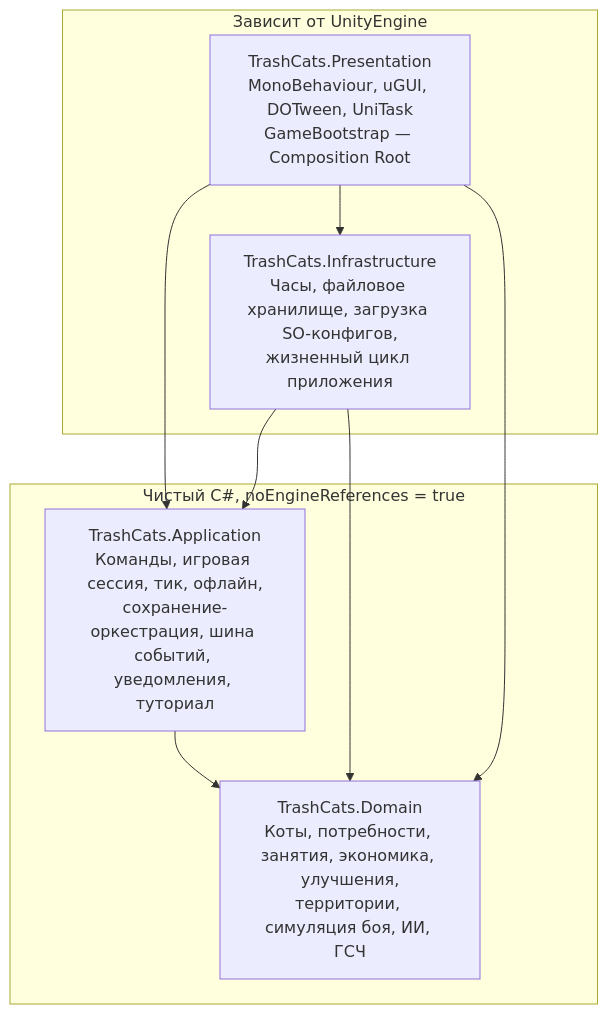
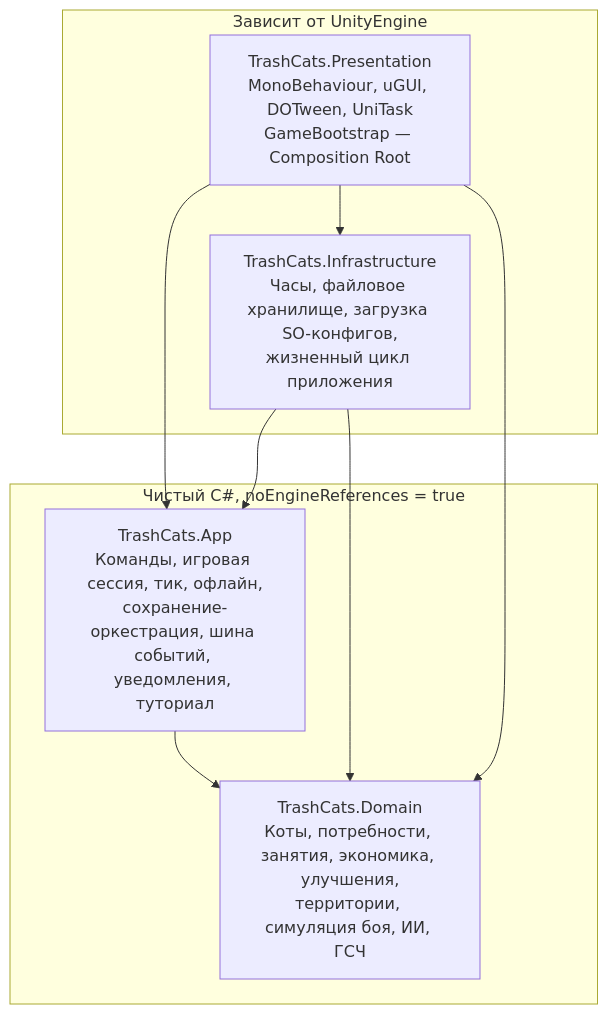
Before and after one commit to Likeside/TrashCats: the first of 2 diagrams in Docs/Architecture/ARCHITECTURE_OVERVIEW.md, drawn with Mermaid. The commit also changed other lines of this file and 29 other files, not shown here.

````diff
--- a/Docs/Architecture/ARCHITECTURE_OVERVIEW.md
+++ b/Docs/Architecture/ARCHITECTURE_OVERVIEW.md
@@ -38,17 +38,17 @@
 ```mermaid
 flowchart TB
     subgraph Unity["Зависит от UnityEngine"]
       P[TrashCats.Presentation<br/>MonoBehaviour, uGUI, DOTween, UniTask<br/>GameBootstrap — Composition Root]
       I[TrashCats.Infrastructure<br/>Часы, файловое хранилище, загрузка SO-конфигов,<br/>жизненный цикл приложения]
     end
     subgraph Pure["Чистый C#, noEngineReferences = true"]
-      A[TrashCats.Application<br/>Команды, игровая сессия, тик, офлайн,<br/>сохранение-оркестрация, шина событий, уведомления, туториал]
+      A[TrashCats.App<br/>Команды, игровая сессия, тик, офлайн,<br/>сохранение-оркестрация, шина событий, уведомления, туториал]
       D[TrashCats.Domain<br/>Коты, потребности, занятия, экономика, улучшения,<br/>территории, симуляция боя, ИИ, ГСЧ]
     end
     P --> A
     P --> I
     P --> D
     I --> A
     I --> D
     A --> D
 ```
````
